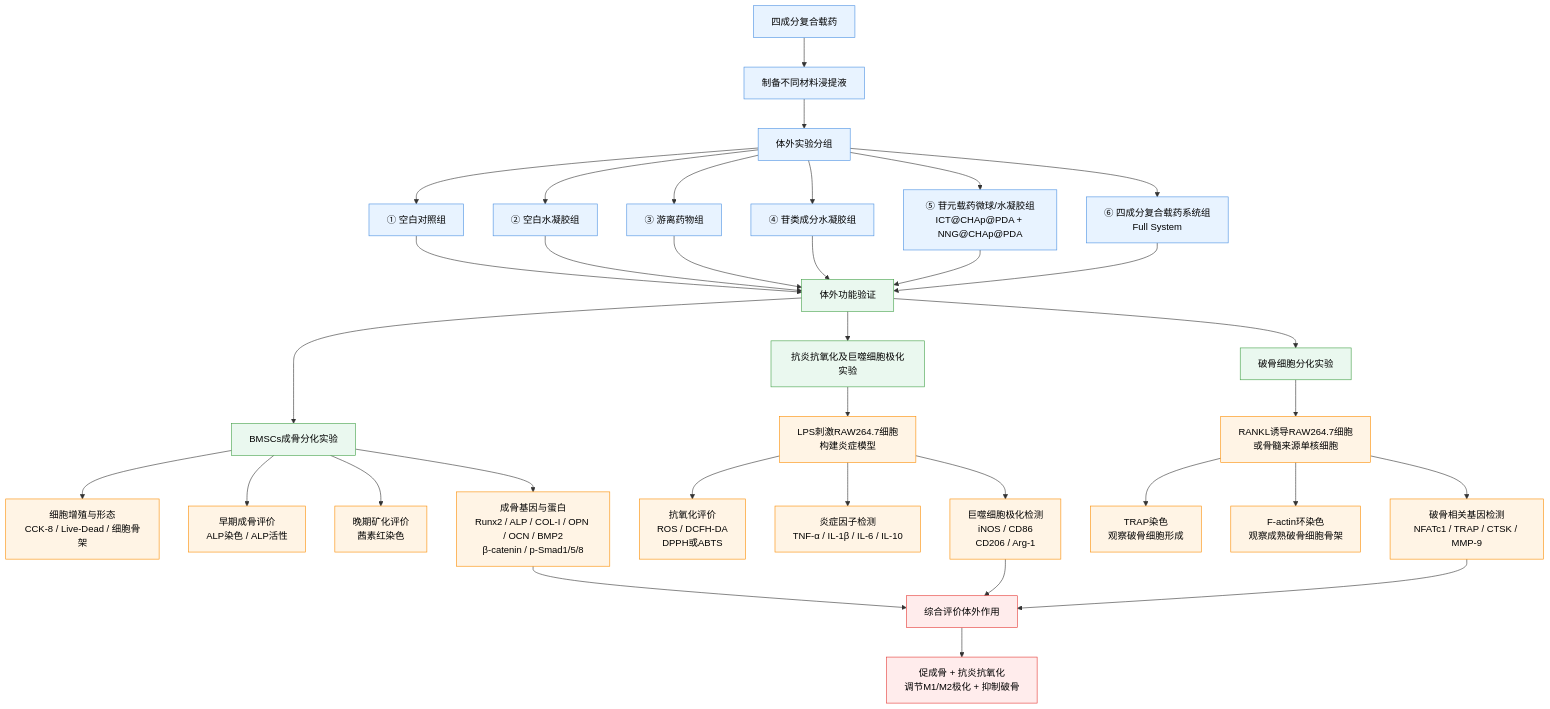
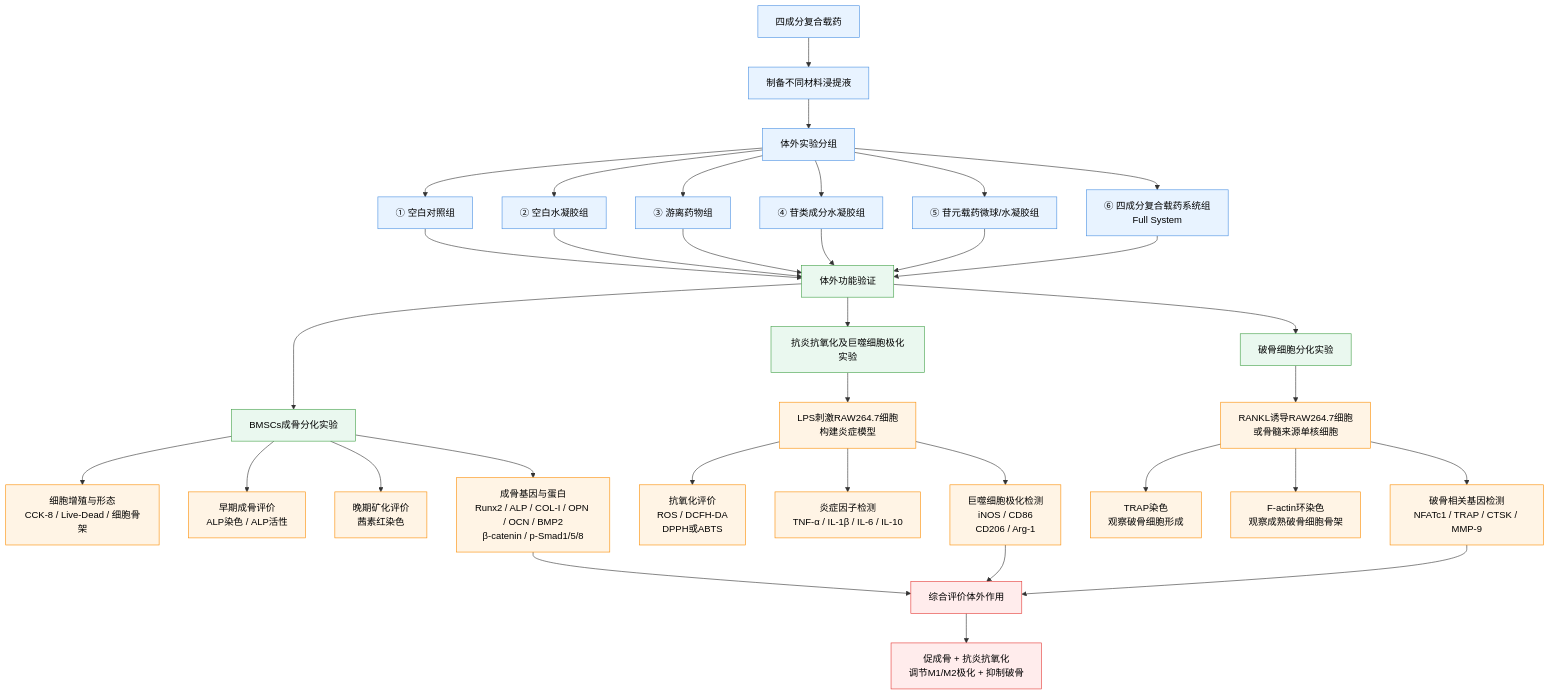
One commit to Yaotian99/iodraw-files changed the diagram in all/未命名-2.md. Above: the diagram before and after it, drawn with Mermaid.

Commit message:
2026-06-24 10:20:36 update

````diff
--- a/all/未命名-2.md
+++ b/all/未命名-2.md
@@ -1,54 +1,54 @@
 ```mermaid
 graph TD
 
 A[四成分复合载药] --> B[制备不同材料浸提液]
 
 B --> C[体外实验分组]
 
 C --> C1[① 空白对照组]
 C --> C2[② 空白水凝胶组]
 C --> C3[③ 游离药物组]
 C --> C4[④ 苷类成分水凝胶组]
-C --> C5[⑤ 苷元载药微球/水凝胶组<br/>ICT@CHAp@PDA + NNG@CHAp@PDA]
+C --> C5[⑤ 苷元载药微球/水凝胶组]
 C --> C6[⑥ 四成分复合载药系统组<br/>Full System]
 
 C1 --> D[体外功能验证]
 C2 --> D
 C3 --> D
 C4 --> D
 C5 --> D
 C6 --> D
 
 D --> E1[BMSCs成骨分化实验]
 E1 --> E11[细胞增殖与形态<br/>CCK-8 / Live-Dead / 细胞骨架]
 E1 --> E12[早期成骨评价<br/>ALP染色 / ALP活性]
 E1 --> E13[晚期矿化评价<br/>茜素红染色]
 E1 --> E14[成骨基因与蛋白<br/>Runx2 / ALP / COL-I / OPN / OCN / BMP2<br/>β-catenin / p-Smad1/5/8]
 
 D --> F1[抗炎抗氧化及巨噬细胞极化实验]
 F1 --> F11[LPS刺激RAW264.7细胞<br/>构建炎症模型]
 F11 --> F12[抗氧化评价<br/>ROS / DCFH-DA<br/>DPPH或ABTS]
 F11 --> F13[炎症因子检测<br/>TNF-α / IL-1β / IL-6 / IL-10]
 F11 --> F14[巨噬细胞极化检测<br/>iNOS / CD86<br/>CD206 / Arg-1]
 
 D --> G1[破骨细胞分化实验]
 G1 --> G11[RANKL诱导RAW264.7细胞<br/>或骨髓来源单核细胞]
 G11 --> G12[TRAP染色<br/>观察破骨细胞形成]
 G11 --> G13[F-actin环染色<br/>观察成熟破骨细胞骨架]
 G11 --> G14[破骨相关基因检测<br/>NFATc1 / TRAP / CTSK / MMP-9]
 
 E14 --> H[综合评价体外作用]
 F14 --> H
 G14 --> H
 H --> I[促成骨 + 抗炎抗氧化<br/>调节M1/M2极化 + 抑制破骨]
 
 classDef group fill:#E8F3FF,stroke:#4A90E2,stroke-width:1px,color:#000;
 classDef vitro fill:#EAF8EF,stroke:#43A047,stroke-width:1px,color:#000;
 classDef assay fill:#FFF4E5,stroke:#FB8C00,stroke-width:1px,color:#000;
 classDef result fill:#FFECEC,stroke:#E53935,stroke-width:1px,color:#000;
 
 class A,B,C,C1,C2,C3,C4,C5,C6 group;
 class D,E1,F1,G1 vitro;
 class E11,E12,E13,E14,F11,F12,F13,F14,G11,G12,G13,G14 assay;
 class H,I result;
 ```
````
